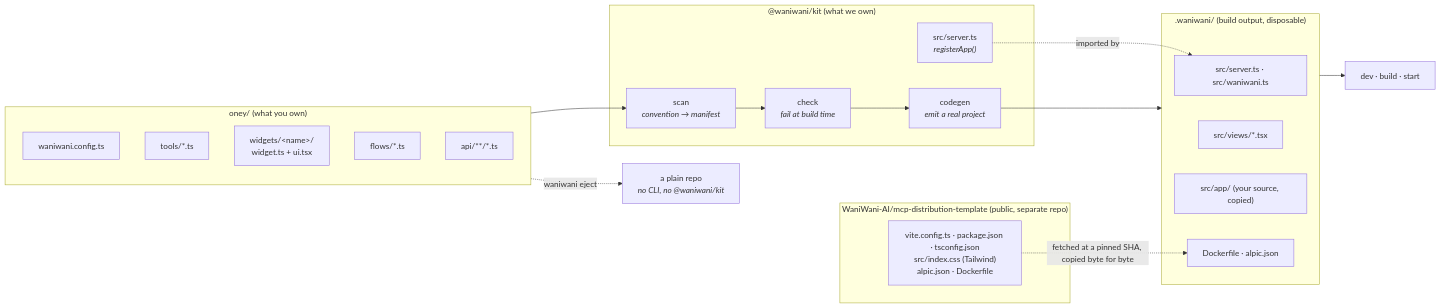
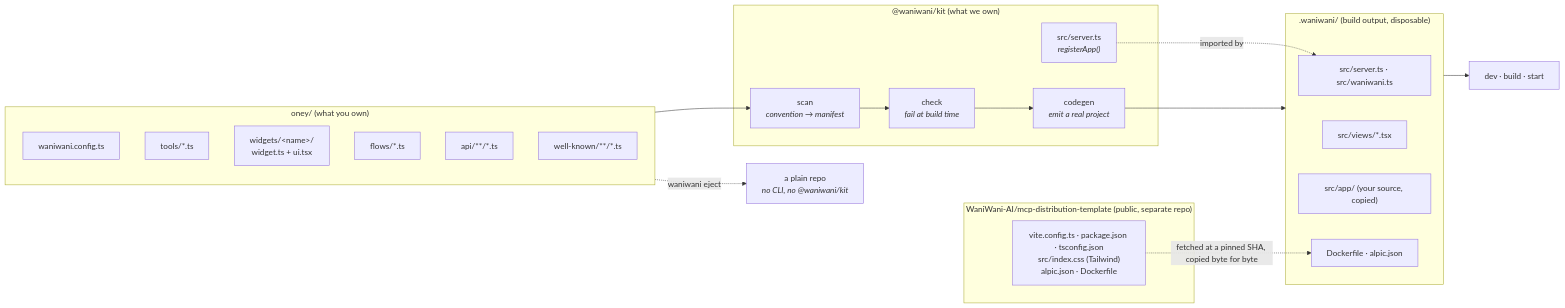
One commit to WaniWani-AI/kit changed the first of 2 diagrams in README.md. Above: the diagram before and after it, drawn with Mermaid. The commit also changed other lines of this file and 12 other files, not shown here.

````diff
--- a/README.md
+++ b/README.md
@@ -518,34 +573,35 @@
 ```mermaid
 flowchart LR
     subgraph app["oney/ (what you own)"]
         cfg["waniwani.config.ts"]
         tools["tools/*.ts"]
         widgets["widgets/&lt;name&gt;/<br/>widget.ts + ui.tsx"]
         flows["flows/*.ts"]
         api["api/**/*.ts"]
+        wk["well-known/**/*.ts"]
     end
 
     subgraph tpl["WaniWani-AI/mcp-distribution-template (public, separate repo)"]
         raw["vite.config.ts · package.json · tsconfig.json<br/>src/index.css (Tailwind)<br/>alpic.json · Dockerfile"]
     end
 
     subgraph cli["@waniwani/kit (what we own)"]
         scan["scan<br/><i>convention → manifest</i>"]
         check["check<br/><i>fail at build time</i>"]
         gen["codegen<br/><i>emit a real project</i>"]
         runtime["src/server.ts<br/><i>registerApp()</i>"]
     end
 
     subgraph out[".waniwani/ (build output, disposable)"]
         server["src/server.ts · src/waniwani.ts"]
         views["src/views/*.tsx"]
         appsrc["src/app/ (your source, copied)"]
         deployfiles["Dockerfile · alpic.json"]
     end
 
     app --> scan --> check --> gen --> out
     runtime -.imported by.-> server
     raw -.fetched at a pinned SHA, copied byte for byte.-> deployfiles
     out --> deploy["dev · build · start"]
     app -.waniwani eject.-> ejected["a plain repo<br/><i>no CLI, no @waniwani/kit</i>"]
 ```
````
